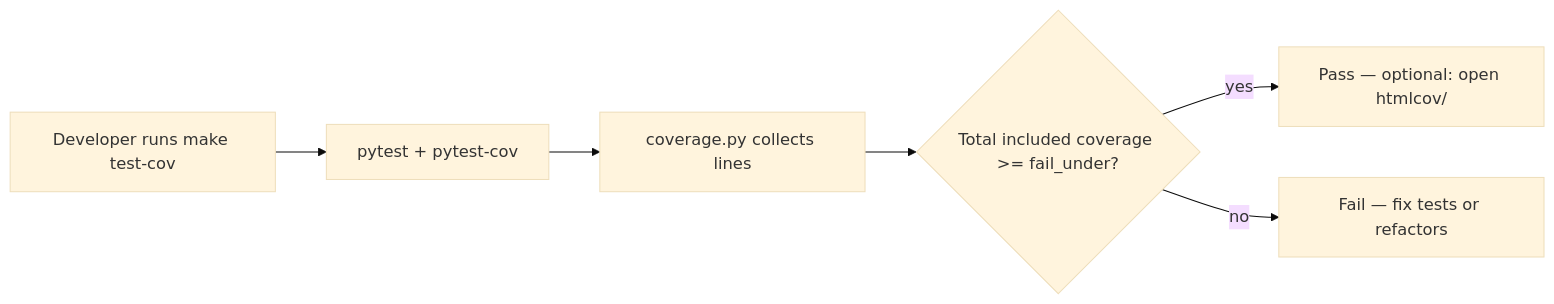
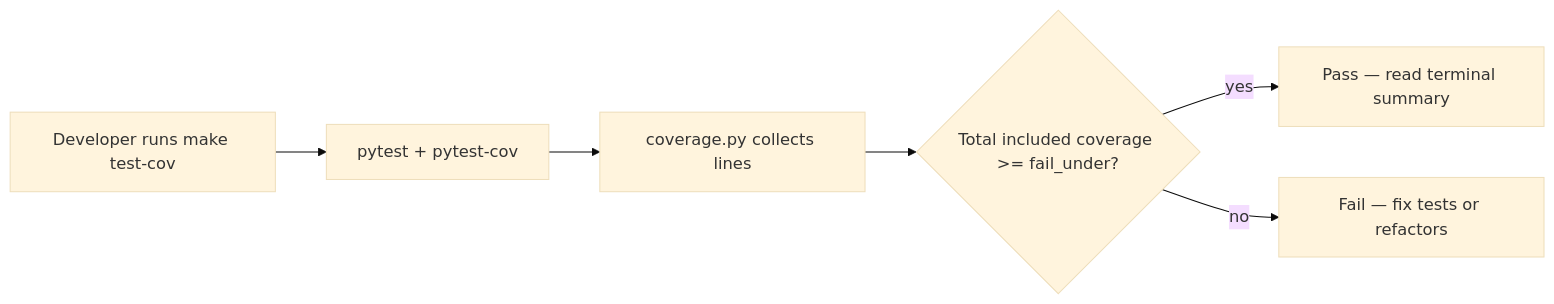
The second of 2 diagrams in docs/testing.md (chris-piekarski/voxium-ptt), drawn with Mermaid (base theme) before and after one commit. The commit also changed other lines of this file and 10 other files, not shown here.

````diff
--- a/docs/testing.md
+++ b/docs/testing.md
@@ -100,8 +99,8 @@
 ```mermaid
 flowchart LR
   A[Developer runs make test-cov] --> B[pytest + pytest-cov]
   B --> C[coverage.py collects lines]
   C --> D{Total included coverage >= fail_under?}
-  D -->|yes| E[Pass — optional: open htmlcov/]
+  D -->|yes| E[Pass — read terminal summary]
   D -->|no| F[Fail — fix tests or refactors]
 ```
````
